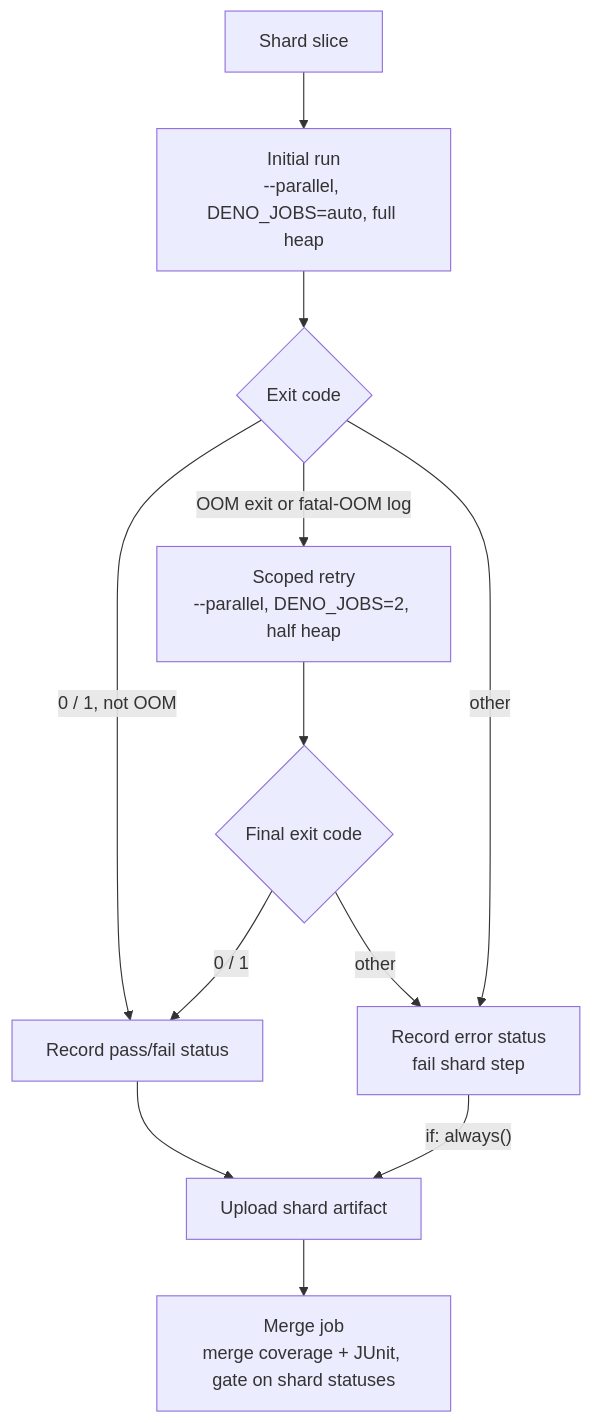
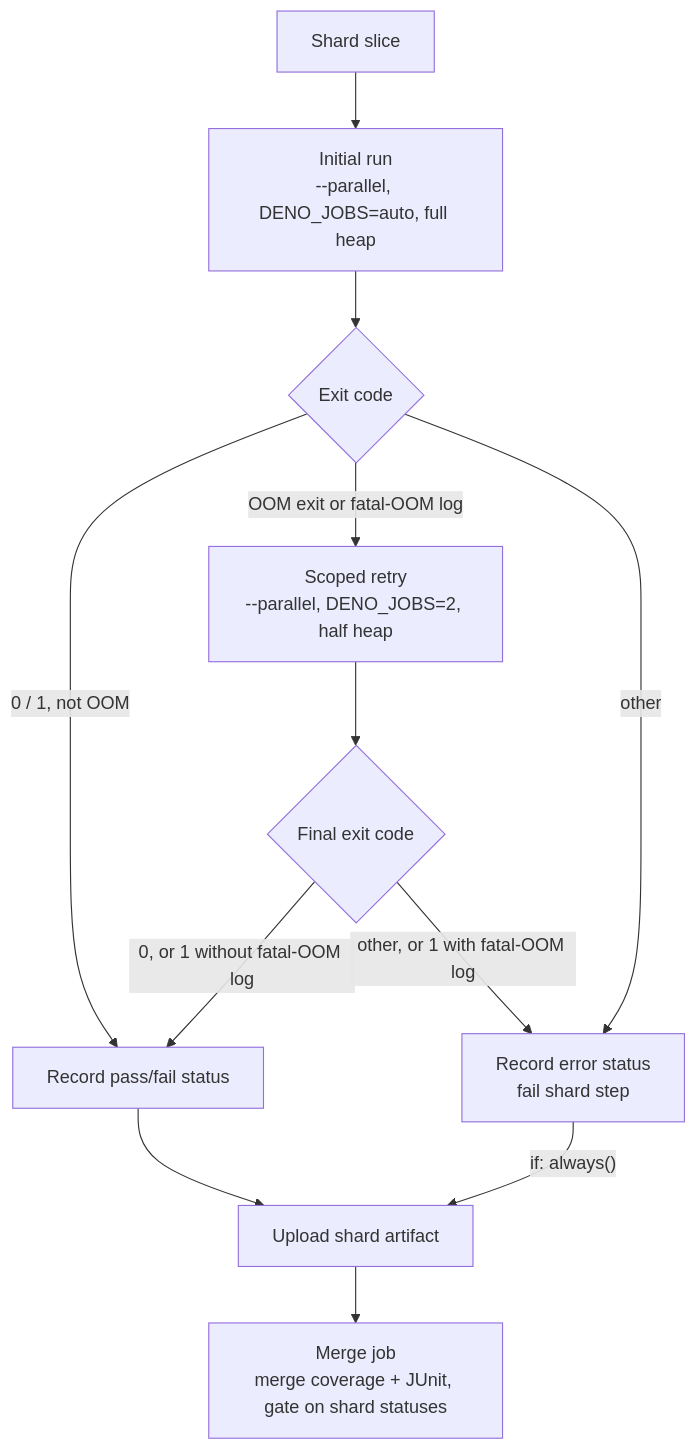
One commit to stSoftwareAU/NEAT-AI changed the third of 5 diagrams in docs/troubleshooting/CI.md. Above: the diagram before and after it, drawn with Mermaid. The commit also changed other lines of this file and 5 other files, not shown here.

First line of the commit message:
Coverage shard: a fatal-OOM (exit 1) that survives the retry is recorded as an ordinary test failure and passes every required check (Issue #4124) (#4128)

````diff
--- a/docs/troubleshooting/CI.md
+++ b/docs/troubleshooting/CI.md
@@ -184,14 +186,14 @@
 ```mermaid
 flowchart TD
     A[Shard slice] --> B["Initial run<br/>--parallel, DENO_JOBS=auto, full heap"]
     B --> C{Exit code}
     C -->|"0 / 1, not OOM"| E["Record pass/fail status"]
     C -->|"OOM exit or fatal-OOM log"| D["Scoped retry<br/>--parallel, DENO_JOBS=2, half heap"]
     D --> R{Final exit code}
-    R -->|"0 / 1"| E
-    R -->|"other"| X["Record error status<br/>fail shard step"]
+    R -->|"0, or 1 without fatal-OOM log"| E
+    R -->|"other, or 1 with fatal-OOM log"| X["Record error status<br/>fail shard step"]
     C -->|"other"| X
     X -->|"if: always()"| U["Upload shard artifact"]
     E --> U
     U --> M["Merge job<br/>merge coverage + JUnit, gate on shard statuses"]
 ```
````
